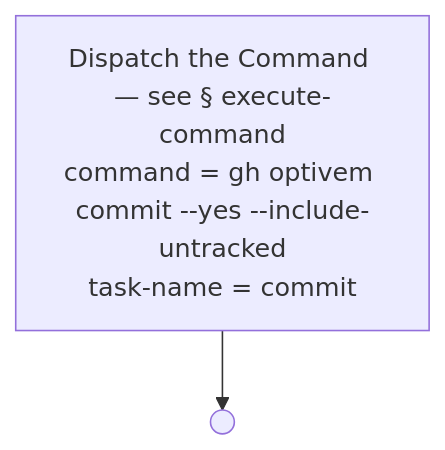
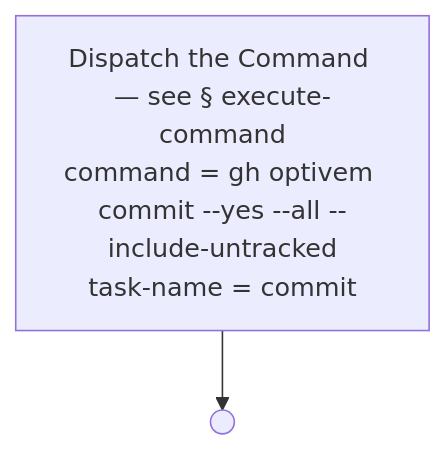
One commit to optivem/gh-optivem changed diagram 39 of 54 in docs/process-diagram.md. Above: the diagram before and after it, drawn with Mermaid. The commit also changed 2 other files, not shown here.

Commit message:
atdd: regenerate process-flow diagram

````diff
--- a/docs/process-diagram.md
+++ b/docs/process-diagram.md
@@ -702,7 +702,7 @@
 ```mermaid
 flowchart TD
-    EXECUTE_COMMAND["Dispatch the Command — see § execute-command<br/>command = gh optivem commit --yes --include-untracked<br/>task-name = commit"]
+    EXECUTE_COMMAND["Dispatch the Command — see § execute-command<br/>command = gh optivem commit --yes --all --include-untracked<br/>task-name = commit"]
     COMMIT_MID_END(( ))
 
     EXECUTE_COMMAND --> COMMIT_MID_END
 ```
````
